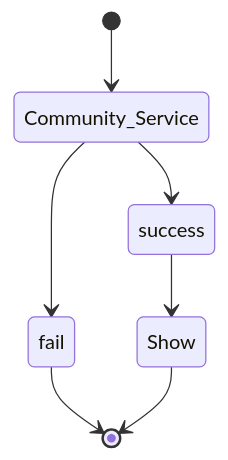
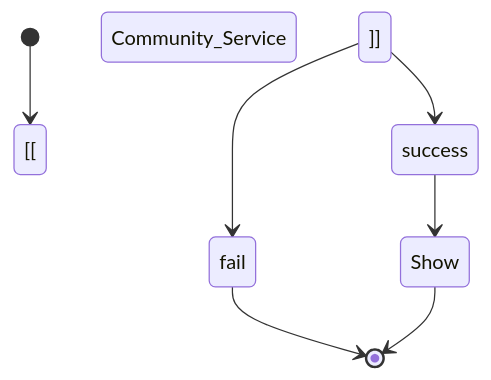
The diagram in README.md (Wilfongjt/lb-A), drawn with Mermaid before and after one commit.

````diff
--- a/README.md
+++ b/README.md
@@ -4,11 +4,11 @@
 ```mermaid
 stateDiagram
    
-    [*] --> Community_Service
+    [*] --> [[ Community_Service ]]
     
-    Community_Service --> success
-    Community_Service --> fail
+    [[ Community_Service ]] --> success
+    [[ Community_Service ]] --> fail
     fail --> [*]
     success --> Show
     Show --> [*]
 ```
````
